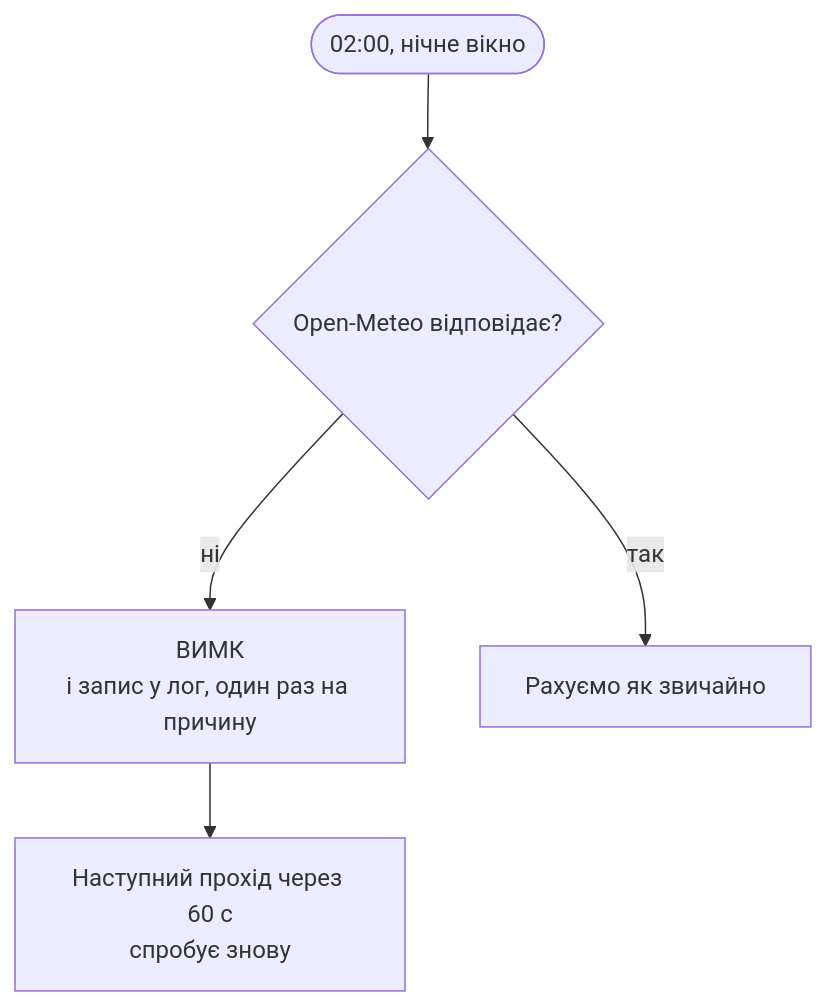
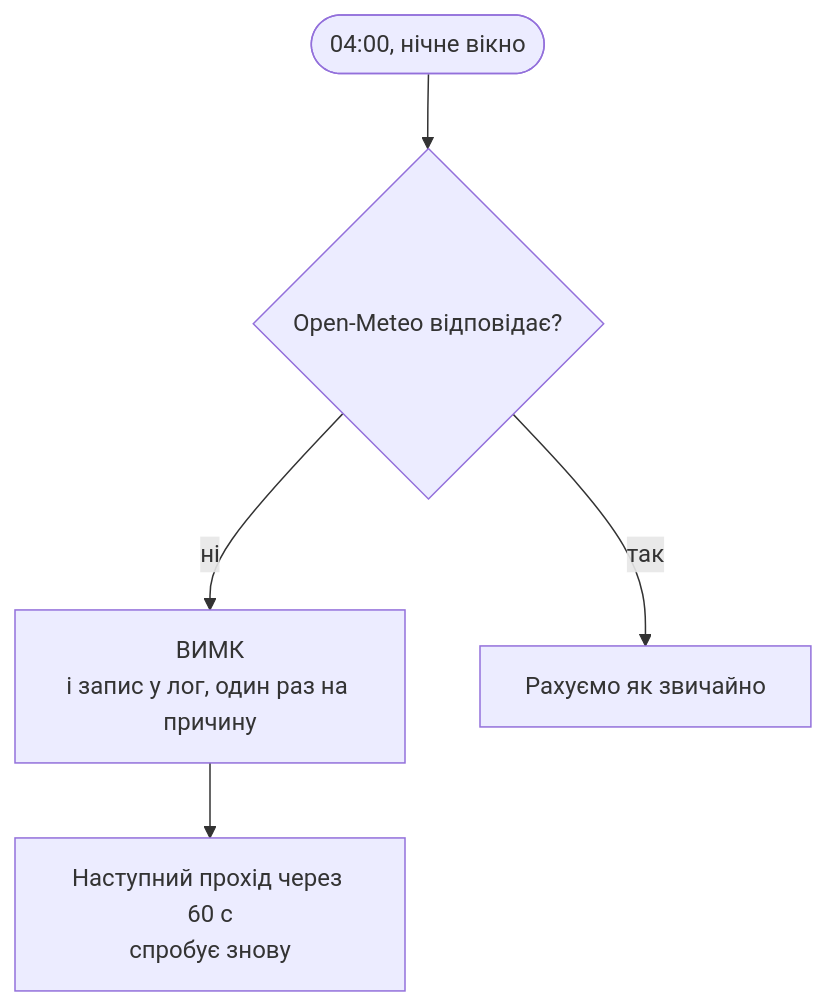
The sixth of 7 diagrams in docs/scenarios.md (tochytskyi/smart-solar-energy), drawn with Mermaid before and after one commit. The commit also changed other lines of this file and 19 other files, not shown here.

````diff
--- a/docs/scenarios.md
+++ b/docs/scenarios.md
@@ -160,7 +173,7 @@
 ```mermaid
 flowchart TD
-    A(["02:00, нічне вікно"]) --> C{"Open-Meteo відповідає?"}
+    A(["04:00, нічне вікно"]) --> C{"Open-Meteo відповідає?"}
     C -->|"ні"| OFF["ВИМК<br/>і запис у лог, один раз на причину"]
     C -->|"так"| D["Рахуємо як звичайно"]
     OFF --> E["Наступний прохід через 60 с<br/>спробує знову"]
 ```
````
